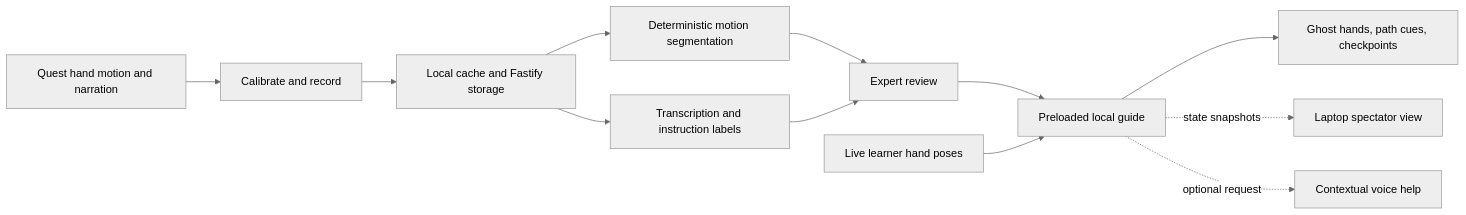
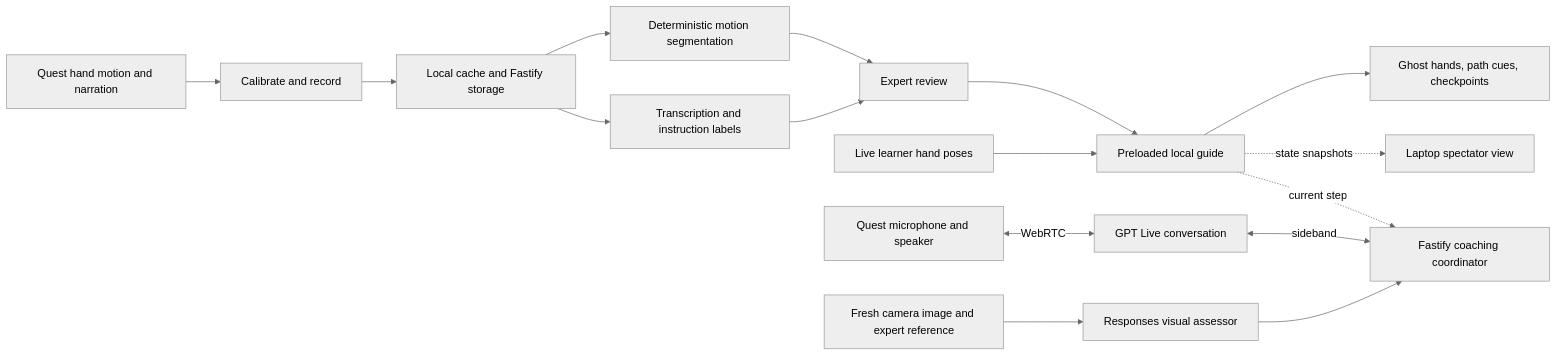
The diagram in README.md (aidanjnn/teachAR), drawn with Mermaid (neutral theme) before and after one commit. The commit also changed other lines of this file and 9 other files, not shown here.

````diff
--- a/README.md
+++ b/README.md
@@ -45,14 +55,18 @@
 ```mermaid
 flowchart LR
     Capture[Quest hand motion and narration] --> Record[Calibrate and record]
     Record --> Store[Local cache and Fastify storage]
     Store --> Motion[Deterministic motion segmentation]
     Store --> AI[Transcription and instruction labels]
     Motion --> Review[Expert review]
     AI --> Review
     Review --> Guide[Preloaded local guide]
     Hands[Live learner hand poses] --> Guide
     Guide --> Feedback[Ghost hands, path cues, checkpoints]
     Guide -. state snapshots .-> Spectator[Laptop spectator view]
-    Guide -. optional request .-> Coach[Contextual voice help]
+    Guide -. current step .-> Coach[Fastify coaching coordinator]
+    Headset[Quest microphone and speaker] <-->|WebRTC| Live[GPT Live conversation]
+    Live <-->|sideband| Coach
+    Scene[Fresh camera image and expert reference] --> Vision[Responses visual assessor]
+    Vision --> Coach
 ```
````
